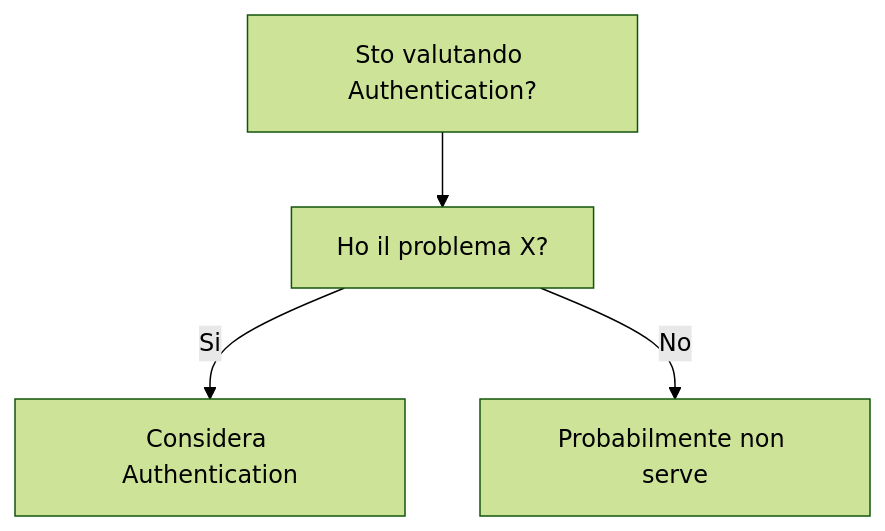
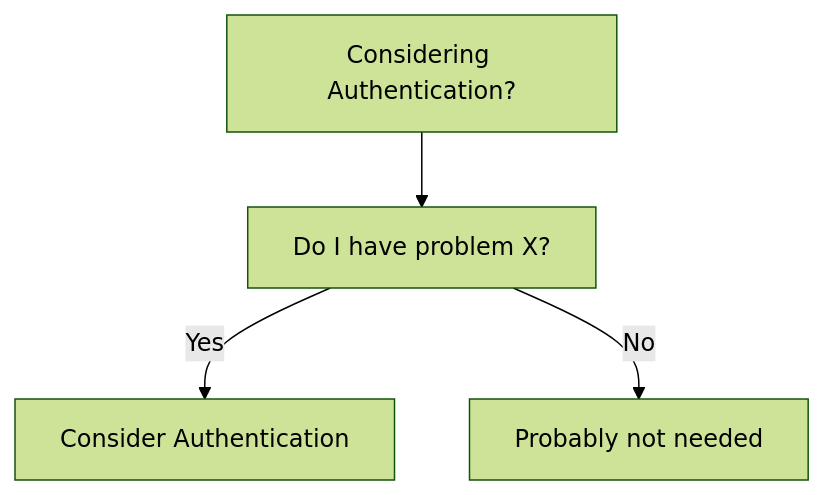
One commit to HxT9/Software-Dev-Wiki changed the diagram in dev-wiki/08_Security/Authentication/When_To_Use.md. Above: the diagram before and after it, drawn with Mermaid (forest theme). The commit also changed other lines of this file and 3444 other files, not shown here.

````diff
--- a/dev-wiki/08_Security/Authentication/When_To_Use.md
+++ b/dev-wiki/08_Security/Authentication/When_To_Use.md
@@ -19,6 +19,6 @@
 ```mermaid
 flowchart TD
-  Q[Sto valutando Authentication?] --> Q1[Ho il problema X?]
-  Q1 -->|Si| OK[Considera Authentication]
-  Q1 -->|No| NO[Probabilmente non serve]
+  Q[Considering Authentication?] --> Q1[Do I have problem X?]
+  Q1 -->|Yes| OK[Consider Authentication]
+  Q1 -->|No| NO[Probably not needed]
 ```
````
